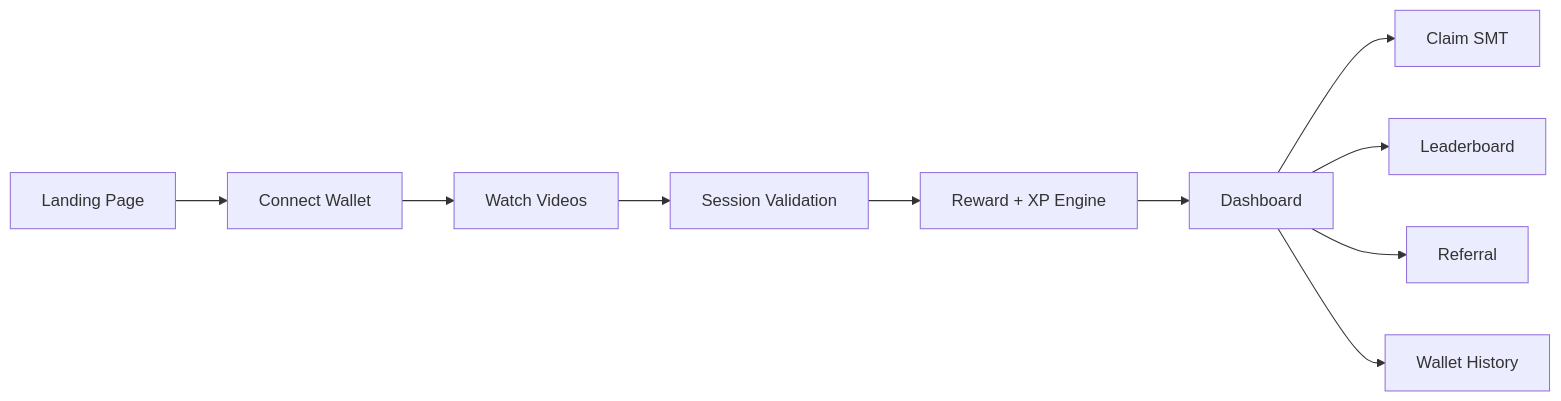
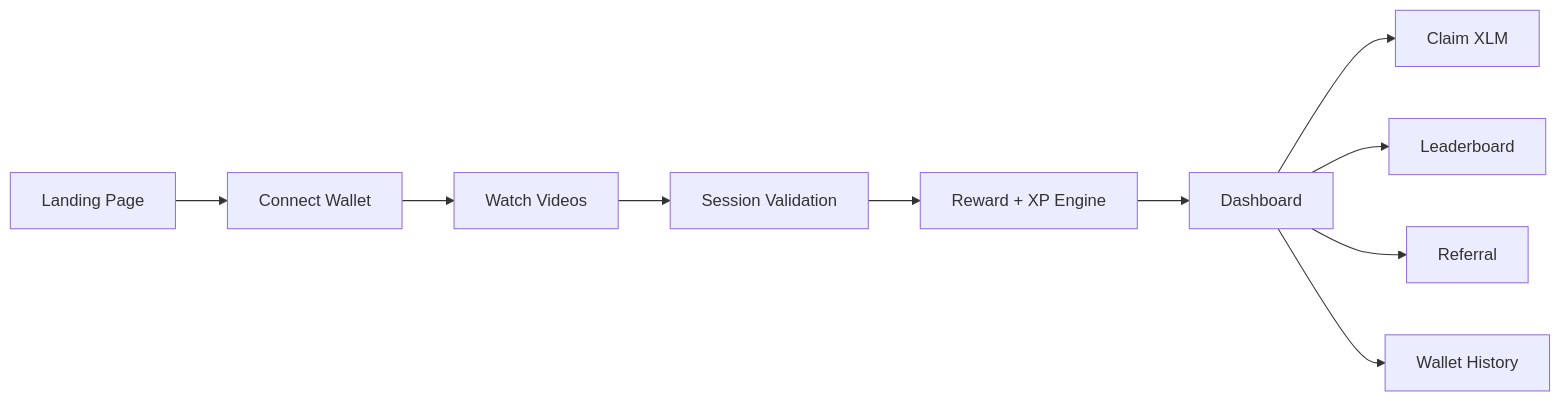
Before and after one commit to artomily/samono: the first of 4 diagrams in README.md, drawn with Mermaid. The commit also changed other lines of this file and 34 other files, not shown here.

First line of the commit message:
refactor: replace SMT with XLM across the application

````diff
--- a/README.md
+++ b/README.md
@@ -56,12 +56,12 @@
 ```mermaid
 flowchart LR
 	A[Landing Page] --> B[Connect Wallet]
 	B --> C[Watch Videos]
 	C --> D[Session Validation]
 	D --> E[Reward + XP Engine]
 	E --> F[Dashboard]
-	F --> G[Claim SMT]
+	F --> G[Claim XLM]
 	F --> H[Leaderboard]
 	F --> I[Referral]
 	F --> J[Wallet History]
 ```
````
